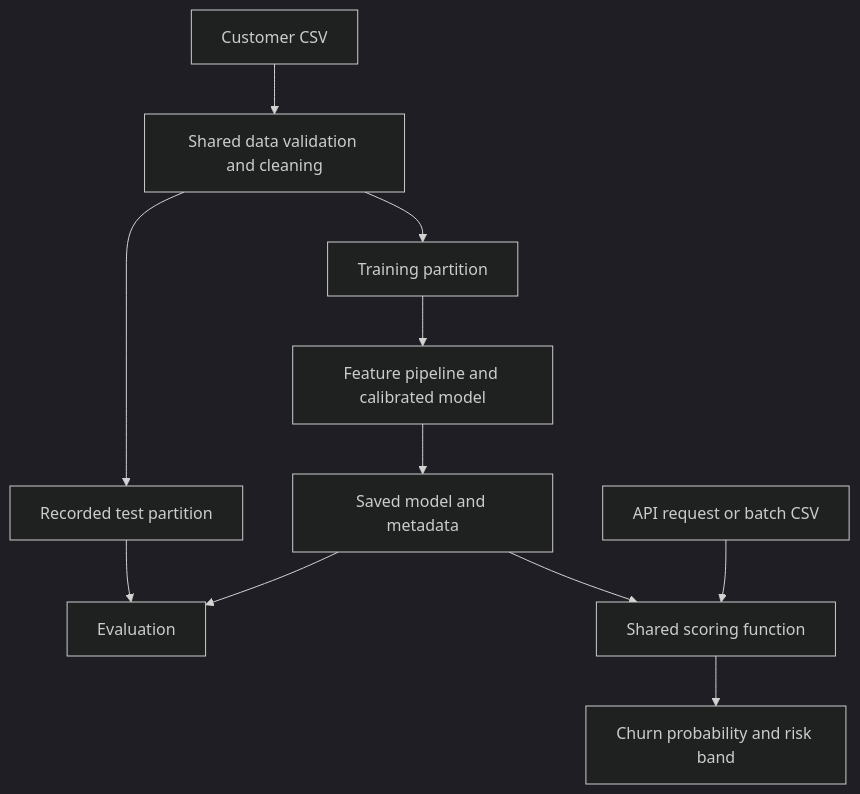
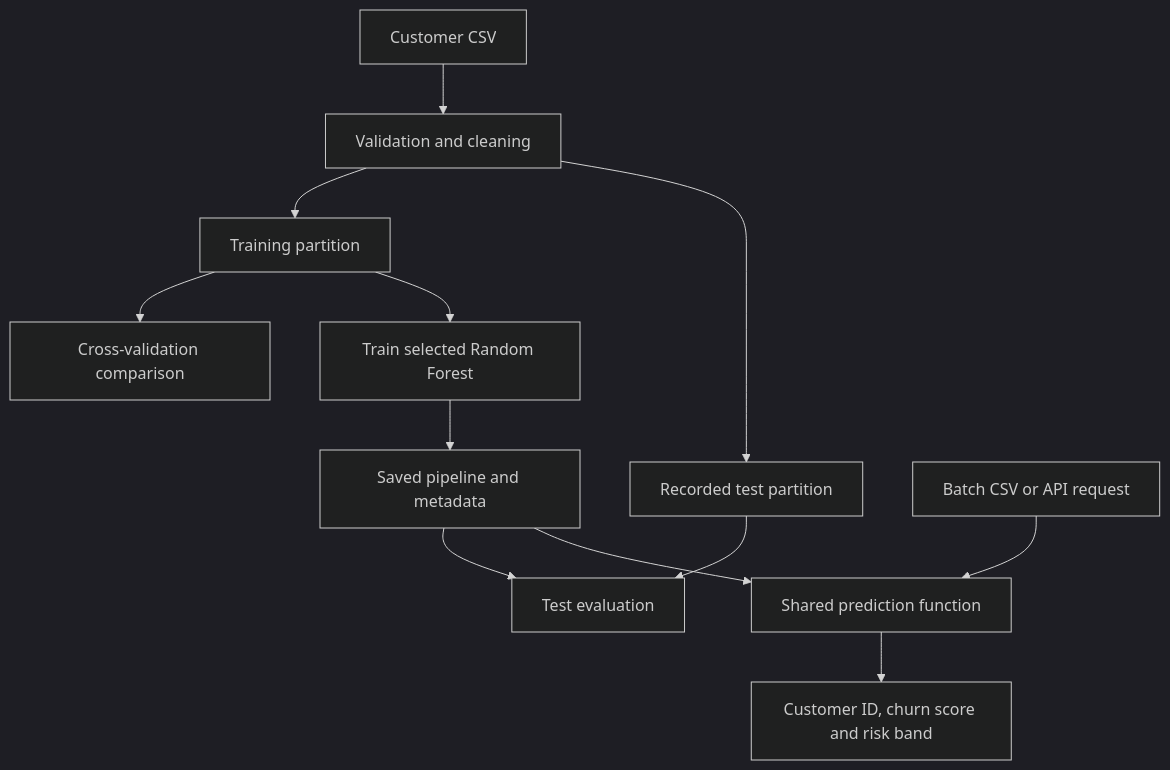
One commit to VincentMunene/kenya-bank-customer-churn changed the diagram in README.md. Above: the diagram before and after it, drawn with Mermaid (dark theme). The commit also changed other lines of this file and 18 other files, not shown here.

````diff
--- a/README.md
+++ b/README.md
@@ -31,13 +29,14 @@
 ```mermaid
 flowchart TD
-    A["Customer CSV"] --> B["Shared data validation and cleaning"]
+    A["Customer CSV"] --> B["Validation and cleaning"]
     B --> C["Training partition"]
-    C --> D["Feature pipeline and calibrated model"]
-    D --> E["Saved model and metadata"]
-    B --> F["Recorded test partition"]
-    E --> G["Evaluation"]
-    F --> G
-    H["API request or batch CSV"] --> I["Shared scoring function"]
-    E --> I
-    I --> J["Churn probability and risk band"]
+    B --> D["Recorded test partition"]
+    C --> E["Cross-validation comparison"]
+    C --> F["Train selected Random Forest"]
+    F --> G["Saved pipeline and metadata"]
+    G --> H["Test evaluation"]
+    D --> H
+    G --> I["Shared prediction function"]
+    J["Batch CSV or API request"] --> I
+    I --> K["Customer ID, churn score and risk band"]
 ```
````
